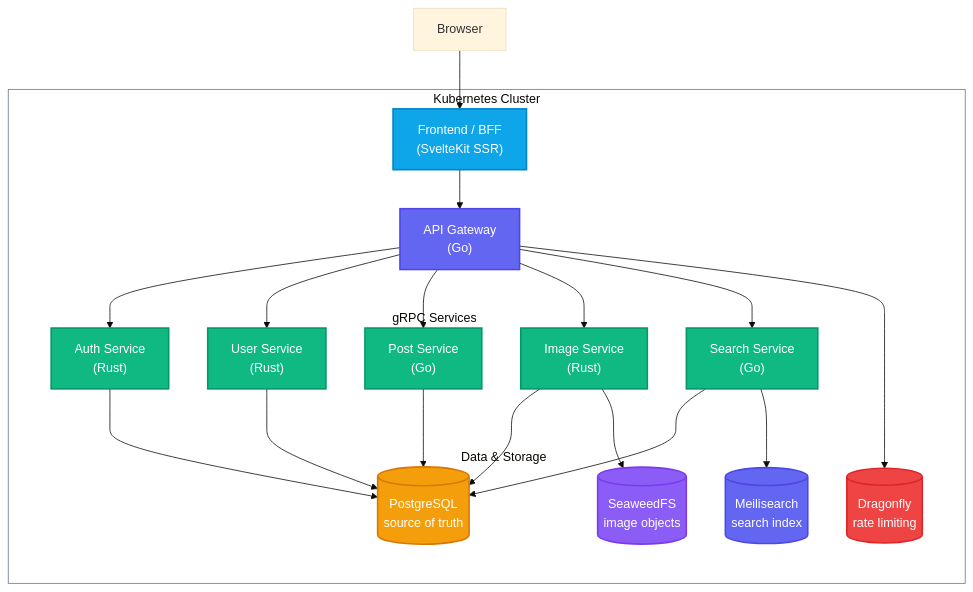
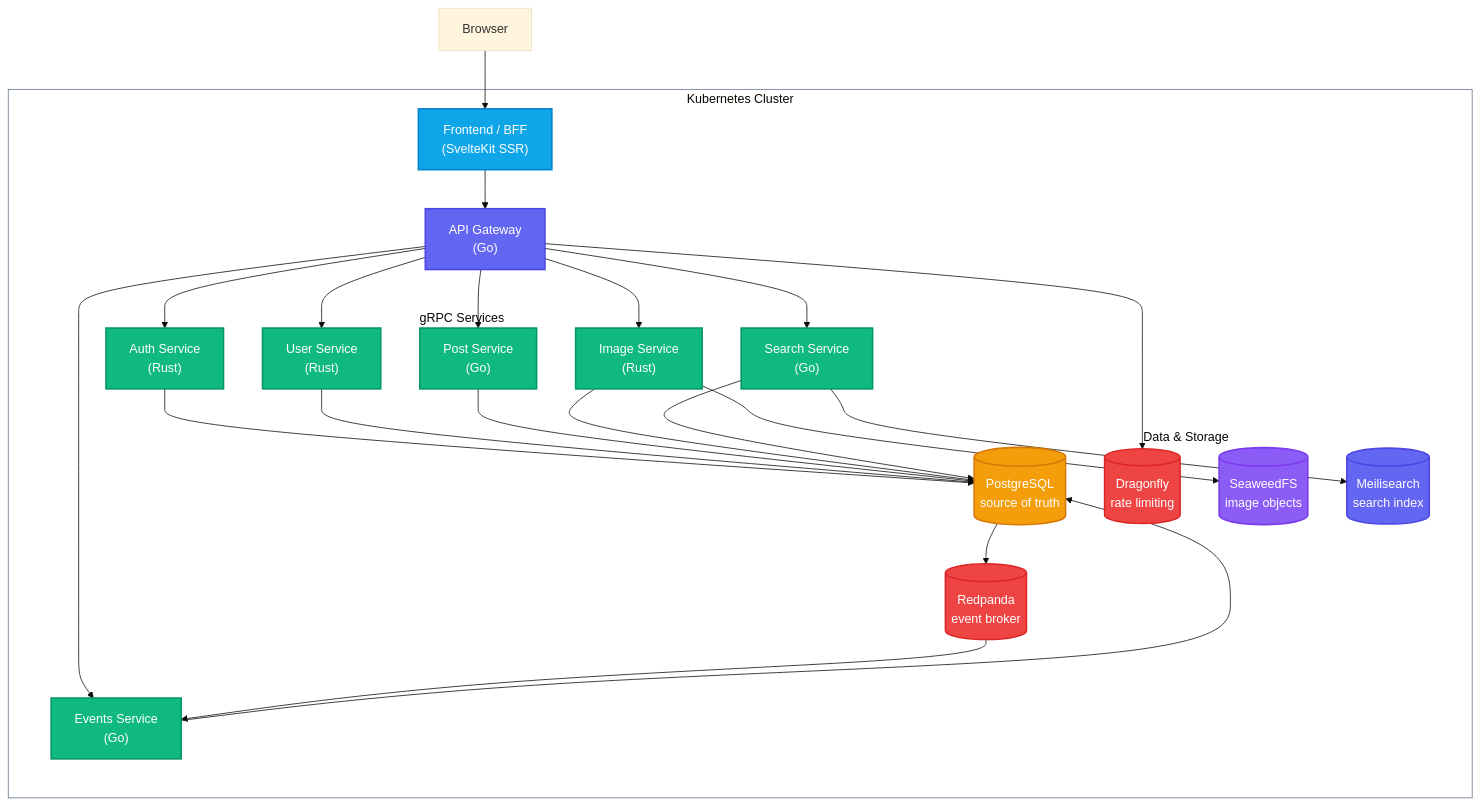
Before and after one commit to robbdimitrov/cogito: the diagram in README.md, drawn with Mermaid (base theme). The commit also changed other lines of this file and 3 other files, not shown here.

````diff
--- a/README.md
+++ b/README.md
@@ -18,52 +20,58 @@
 ```mermaid
 graph TD
     Browser["Browser"]
 
     subgraph cluster ["Kubernetes Cluster"]
         Web["Frontend / BFF<br>(SvelteKit SSR)"]:::frontend
         API["API Gateway<br>(Go)"]:::gateway
 
         subgraph services ["gRPC Services"]
             Auth["Auth Service<br>(Rust)"]:::service
             Users["User Service<br>(Rust)"]:::service
             Posts["Post Service<br>(Go)"]:::service
             Images["Image Service<br>(Rust)"]:::service
             Search["Search Service<br>(Go)"]:::service
+            Events["Events Service<br>(Go)"]:::service
         end
 
         subgraph data ["Data & Storage"]
             DB[("PostgreSQL<br>source of truth")]:::database
             Cache[("Dragonfly<br>rate limiting")]:::cache
             Blob[("SeaweedFS<br>image objects")]:::storage
             Meili[("Meilisearch<br>search index")]:::search
+            Redpanda[("Redpanda<br>event broker")]:::cache
         end
     end
 
     Browser --> Web
     Web --> API
     API --> Auth
     API --> Users
     API --> Posts
     API --> Images
     API --> Search
+    API --> Events
     Auth --> DB
     Users --> DB
     Posts --> DB
     Images --> DB
     Images --> Blob
     Search --> DB
     Search --> Meili
+    Events --> DB
+    DB --> Redpanda
+    Redpanda --> Events
     API --> Cache
 
     classDef frontend fill:#0ea5e9,stroke:#0284c7,stroke-width:2px,color:#fff
     classDef gateway fill:#6366f1,stroke:#4f46e5,stroke-width:2px,color:#fff
     classDef service fill:#10b981,stroke:#059669,stroke-width:2px,color:#fff
     classDef database fill:#f59e0b,stroke:#d97706,stroke-width:2px,color:#fff
     classDef storage fill:#8b5cf6,stroke:#7c3aed,stroke-width:2px,color:#fff
     classDef cache fill:#ef4444,stroke:#dc2626,stroke-width:2px,color:#fff
     classDef search fill:#6366f1,stroke:#4f46e5,stroke-width:2px,color:#fff
 
     style cluster fill:transparent,stroke:#64748b
     style services fill:transparent,stroke:transparent
     style data fill:transparent,stroke:transparent
 ```
````
